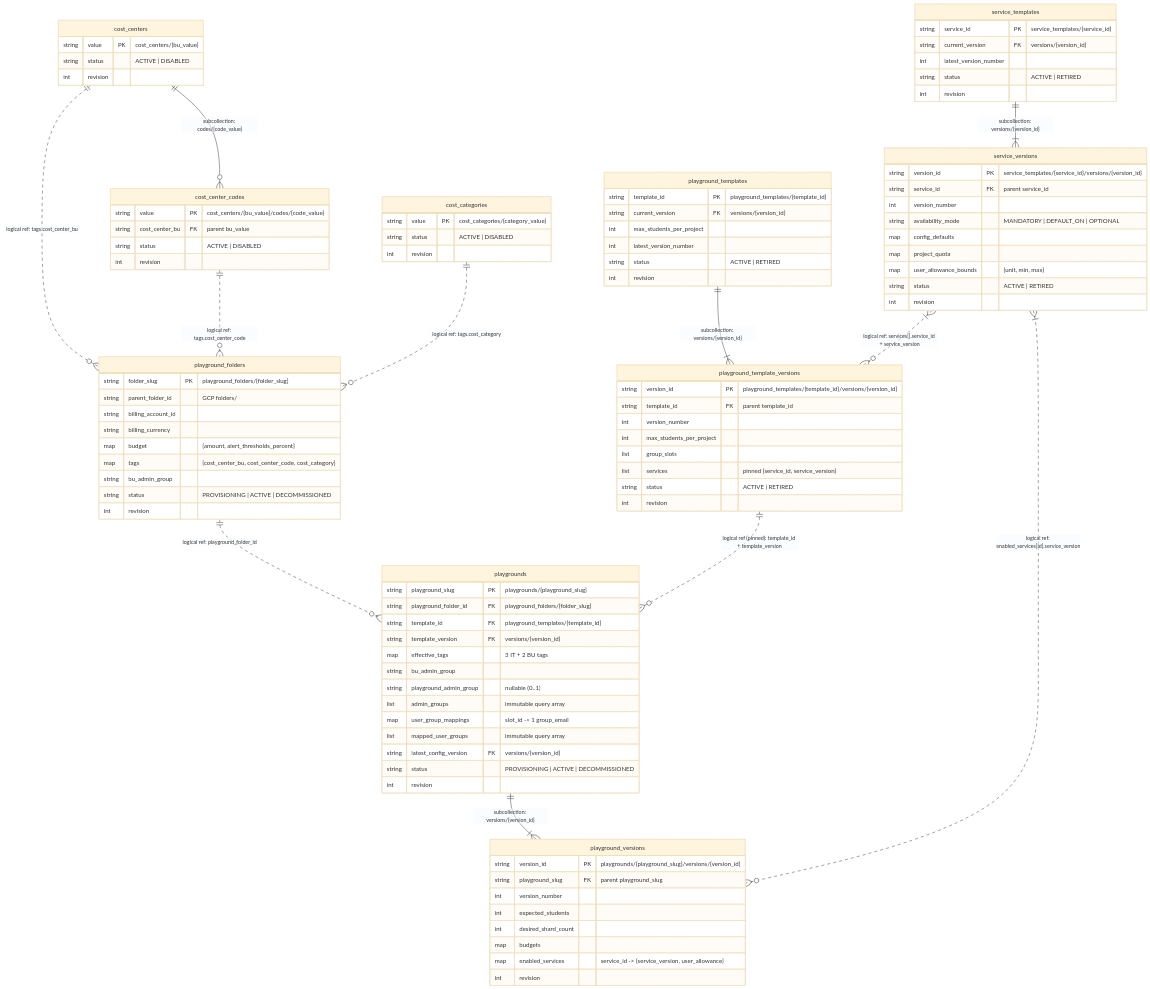
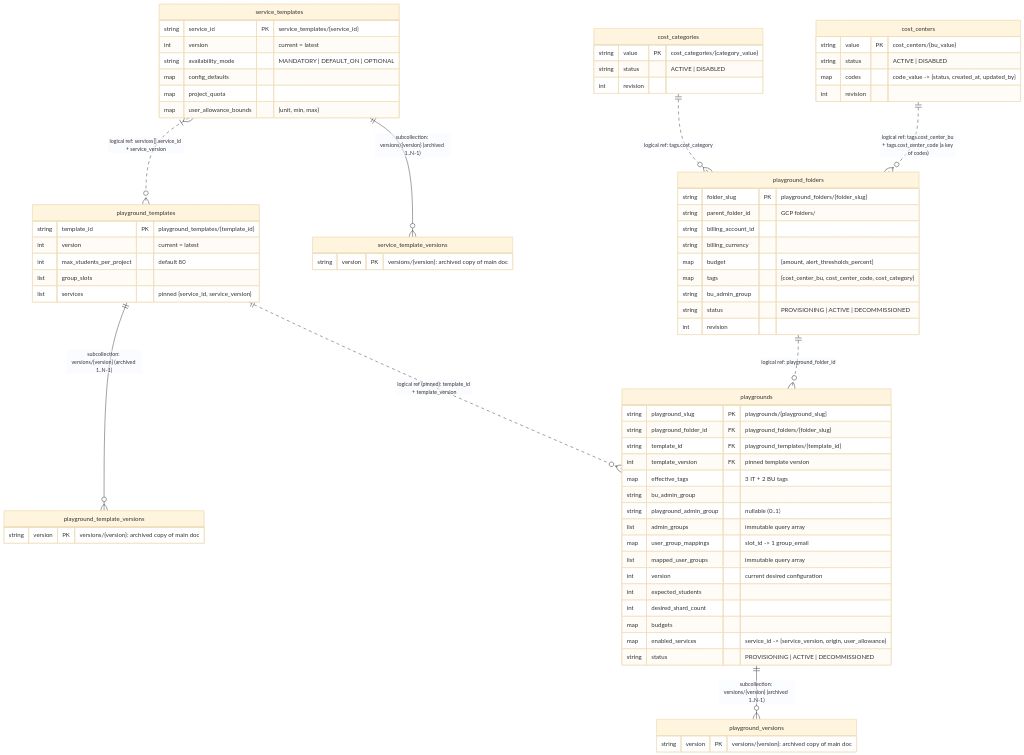
The diagram in specs/02-tdd/tdd-data/tdd-data-config.md (shankyram1912/crucible-learning-sandbox), drawn with Mermaid (base theme) before and after one commit. The commit also changed other lines of this file and 1 other file, not shown here.

Commit message:
docs(tdd-data): config spec on copy-on-write versioning with codes inside cost centers; todo: package lsb CLI

````diff
--- a/specs/02-tdd/tdd-data/tdd-data-config.md
+++ b/specs/02-tdd/tdd-data/tdd-data-config.md
@@ -38,28 +37,20 @@
 ```mermaid
 erDiagram
-    cost_centers ||--o{ cost_center_codes : "subcollection: codes/{code_value}"
-    cost_centers ||..o{ playground_folders : "logical ref: tags.cost_center_bu"
-    cost_center_codes ||..o{ playground_folders : "logical ref: tags.cost_center_code"
+    cost_centers ||..o{ playground_folders : "logical ref: tags.cost_center_bu + tags.cost_center_code (a key of codes)"
     cost_categories ||..o{ playground_folders : "logical ref: tags.cost_category"
 
-    service_templates ||--|{ service_versions : "subcollection: versions/{version_id}"
-    playground_templates ||--|{ playground_template_versions : "subcollection: versions/{version_id}"
-    service_versions }|..o{ playground_template_versions : "logical ref: services[].service_id + service_version"
+    service_templates ||--o{ service_template_versions : "subcollection: versions/{version} (archived 1..N-1)"
+    playground_templates ||--o{ playground_template_versions : "subcollection: versions/{version} (archived 1..N-1)"
+    service_templates }|..o{ playground_templates : "logical ref: services[].service_id + service_version"
 
     playground_folders ||..o{ playgrounds : "logical ref: playground_folder_id"
-    playground_template_versions ||..o{ playgrounds : "logical ref (pinned): template_id + template_version"
-    playgrounds ||--|{ playground_versions : "subcollection: versions/{version_id}"
-    service_versions }|..o{ playground_versions : "logical ref: enabled_services[id].service_version"
+    playground_templates ||..o{ playgrounds : "logical ref (pinned): template_id + template_version"
+    playgrounds ||--o{ playground_versions : "subcollection: versions/{version} (archived 1..N-1)"
 
     cost_centers {
         string value PK "cost_centers/{bu_value}"
         string status "ACTIVE | DISABLED"
-        int revision
-    }
-    cost_center_codes {
-        string value PK "cost_centers/{bu_value}/codes/{code_value}"
-        string cost_center_bu FK "parent bu_value"
-        string status "ACTIVE | DISABLED"
+        map codes "code_value -> {status, created_at, updated_by}"
         int revision
     }
     cost_categories {
@@ -69,39 +60,24 @@
     }
     service_templates {
         string service_id PK "service_templates/{service_id}"
-        string current_version FK "versions/{version_id}"
-        int latest_version_number
-        string status "ACTIVE | RETIRED"
-        int revision
-    }
-    service_versions {
-        string version_id PK "service_templates/{service_id}/versions/{version_id}"
-        string service_id FK "parent service_id"
-        int version_number
+        int version "current = latest"
         string availability_mode "MANDATORY | DEFAULT_ON | OPTIONAL"
         map config_defaults
         map project_quota
         map user_allowance_bounds "{unit, min, max}"
-        string status "ACTIVE | RETIRED"
-        int revision
+    }
+    service_template_versions {
+        string version PK "versions/{version}: archived copy of main doc"
     }
     playground_templates {
         string template_id PK "playground_templates/{template_id}"
-        string current_version FK "versions/{version_id}"
-        int max_students_per_project
-        int latest_version_number
-        string status "ACTIVE | RETIRED"
-        int revision
+        int version "current = latest"
+        int max_students_per_project "default 80"
+        list group_slots
+        list services "pinned {service_id, service_version}"
     }
     playground_template_versions {
-        string version_id PK "playground_templates/{template_id}/versions/{version_id}"
-        string template_id FK "parent template_id"
-        int version_number
-        int max_students_per_project
-        list group_slots
-        list services "pinned {service_id, service_version}"
-        string status "ACTIVE | RETIRED"
-        int revision
+        string version PK "versions/{version}: archived copy of main doc"
     }
     playground_folders {
         string folder_slug PK "playground_folders/{folder_slug}"
@@ -118,25 +94,21 @@
         string playground_slug PK "playgrounds/{playground_slug}"
         string playground_folder_id FK "playground_folders/{folder_slug}"
         string template_id FK "playground_templates/{template_id}"
-        string template_version FK "versions/{version_id}"
+        int template_version FK "pinned template version"
         map effective_tags "3 IT + 2 BU tags"
         string bu_admin_group
         string playground_admin_group "nullable (0..1)"
         list admin_groups "immutable query array"
         map user_group_mappings "slot_id -> 1 group_email"
         list mapped_user_groups "immutable query array"
-        string latest_config_version FK "versions/{version_id}"
-        string status "PROVISIONING | ACTIVE | DECOMMISSIONED"
-        int revision
-    }
-    playground_versions {
-        string version_id PK "playgrounds/{playground_slug}/versions/{version_id}"
-        string playground_slug FK "parent playground_slug"
-        int version_number
+        int version "current desired configuration"
         int expected_students
         int desired_shard_count
         map budgets
-        map enabled_services "service_id -> {service_version, user_allowance}"
-        int revision
+        map enabled_services "service_id -> {service_version, origin, user_allowance}"
+        string status "PROVISIONING | ACTIVE | DECOMMISSIONED"
+    }
+    playground_versions {
+        string version PK "versions/{version}: archived copy of main doc"
     }
 ```
````
